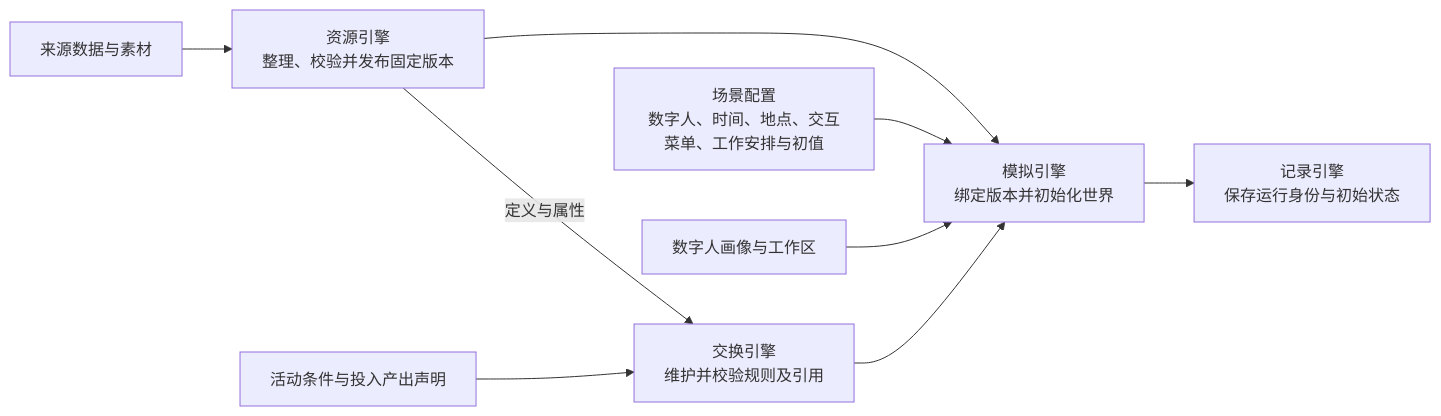
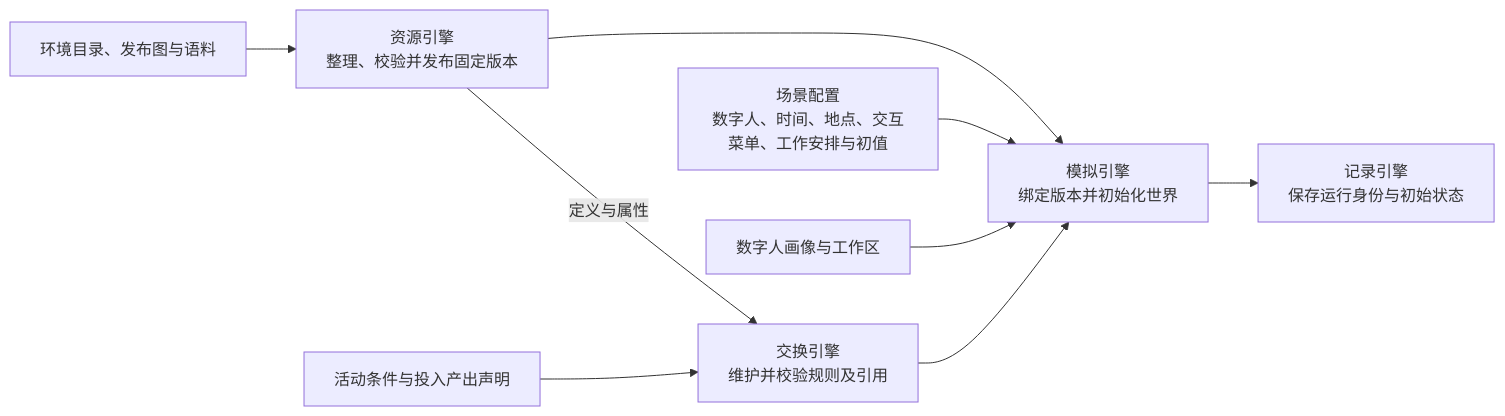
One commit to HoldThatThgt/WorldMock changed the second of 9 diagrams in docs/design/01-architecture.md. Above: the diagram before and after it, drawn with Mermaid. The commit also changed other lines of this file and 79 other files, not shown here.

Commit message:
feat(life): derive travel and location evidence from the published graph

````diff
--- a/docs/design/01-architecture.md
+++ b/docs/design/01-architecture.md
@@ -157,11 +159,11 @@
 ```mermaid
 flowchart LR
-    SRC[来源数据与素材] --> R[资源引擎<br/>整理、校验并发布固定版本]
+    SRC[环境目录、发布图与语料] --> R[资源引擎<br/>整理、校验并发布固定版本]
     RULE[活动条件与投入产出声明] --> X[交换引擎<br/>维护并校验规则及引用]
     R -->|定义与属性| X
     CONF[场景配置<br/>数字人、时间、地点、交互菜单、工作安排与初值] --> S[模拟引擎<br/>绑定版本并初始化世界]
     R --> S
     X --> S
     PERSON[数字人画像与工作区] --> S
     S --> F[记录引擎<br/>保存运行身份与初始状态]
 ```
````
